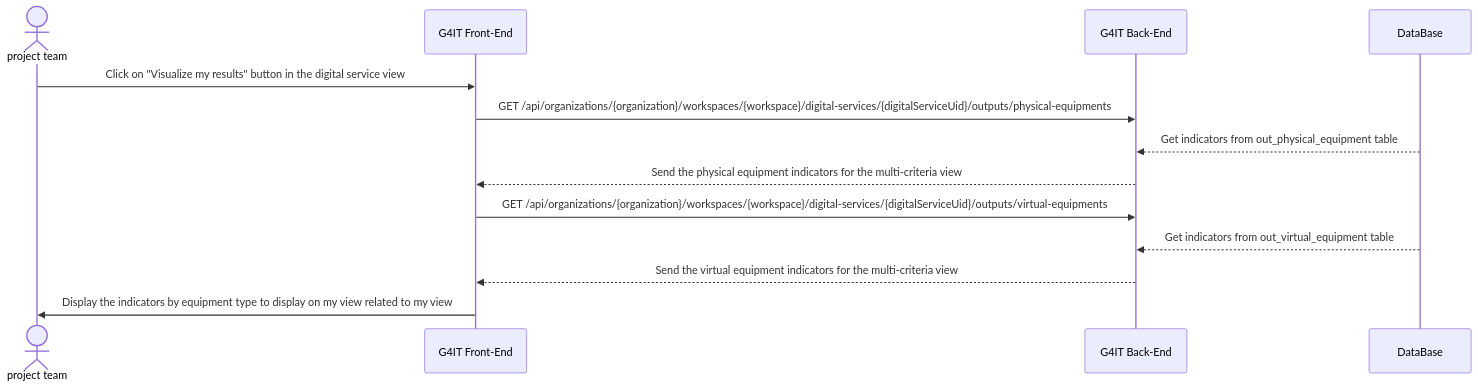
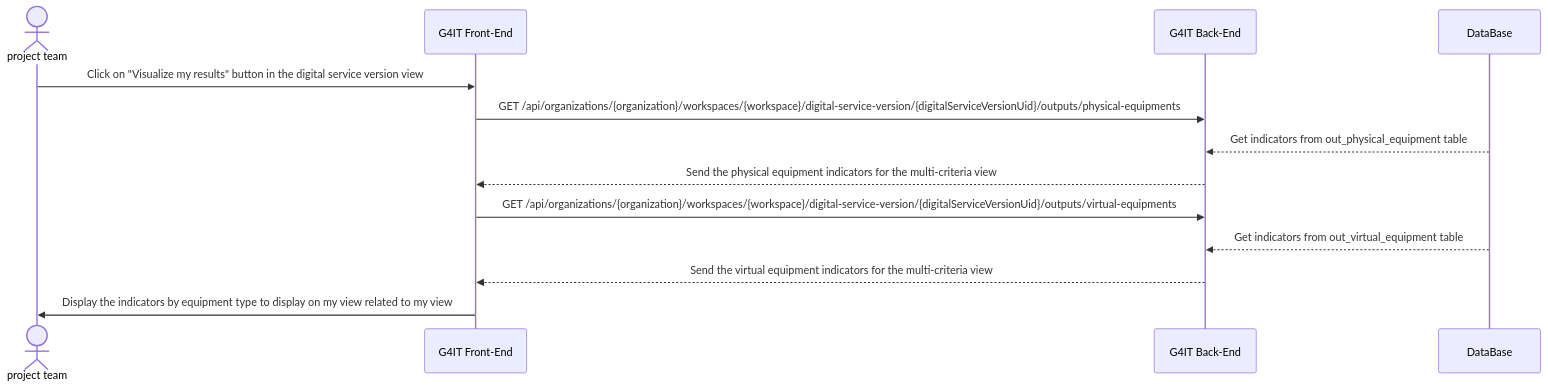
Before and after one commit to teamg4it/g4it: the second of 2 diagrams in services/documentation/content/2-functional-documentation/use_cases/uc_digital_services/uc5_visualize_footprint/_index.md, drawn with Mermaid. The commit also changed other lines of this file and 34 other files, not shown here.

```diff
--- a/services/documentation/content/2-functional-documentation/use_cases/uc_digital_services/uc5_visualize_footprint/_index.md
+++ b/services/documentation/content/2-functional-documentation/use_cases/uc_digital_services/uc5_visualize_footprint/_index.md
@@ -98,17 +100,17 @@
 {{< mermaid >}}
 sequenceDiagram
 actor RND as project team
 participant front as G4IT Front-End
 participant back as G4IT Back-End
 participant DataBase
 
-RND ->> front: Click on "Visualize my results" button in the digital service view
-front ->> back: GET /api/organizations/{organization}/workspaces/{workspace}/digital-services/{digitalServiceUid}/outputs/physical-equipments
+RND ->> front: Click on "Visualize my results" button in the digital service version view
+front ->> back: GET /api/organizations/{organization}/workspaces/{workspace}/digital-service-version/{digitalServiceVersionUid}/outputs/physical-equipments
 DataBase-->> back: Get indicators from out_physical_equipment table
 back-->> front: Send the physical equipment indicators for the multi-criteria view
-front ->> back: GET /api/organizations/{organization}/workspaces/{workspace}/digital-services/{digitalServiceUid}/outputs/virtual-equipments
+front ->> back: GET /api/organizations/{organization}/workspaces/{workspace}/digital-service-version/{digitalServiceVersionUid}/outputs/virtual-equipments
 DataBase-->> back: Get indicators from out_virtual_equipment table
 back-->> front: Send the virtual equipment indicators for the multi-criteria view
 front->> RND : Display the indicators by equipment type to display on my view related to my view
 
 {{< /mermaid >}}
```
